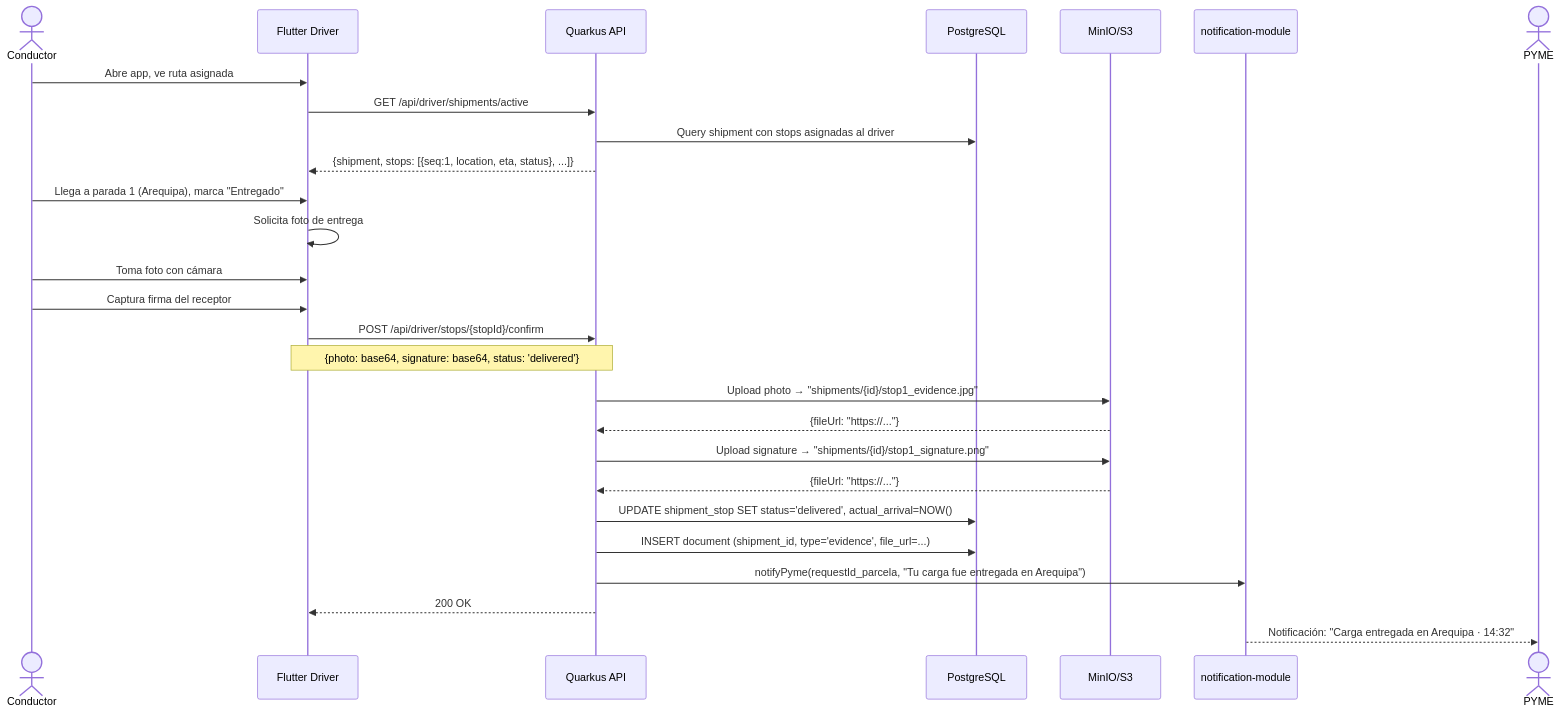
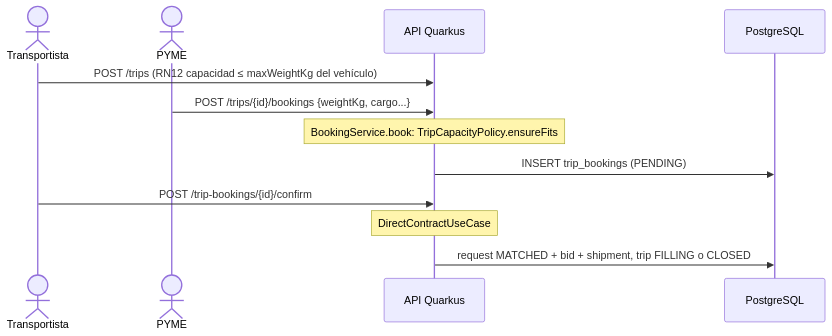
Before and after one commit to TheReeds/ProyectoEPE-LOGYX: the eighth of 14 diagrams in docs/software/entregable-1/uml.md, drawn with Mermaid. The commit also changed other lines of this file and 99 other files, not shown here.

````diff
--- a/docs/software/entregable-1/uml.md
+++ b/docs/software/entregable-1/uml.md
@@ -473,32 +392,15 @@
 ```mermaid
 sequenceDiagram
-  actor Driver as Conductor
-  participant DriverApp as Flutter Driver
-  participant API as Quarkus API
+  actor CAR as Transportista
+  actor PYME
+  participant API as API Quarkus
   participant DB as PostgreSQL
-  participant Storage as MinIO/S3
-  participant Notif as notification-module
-  actor PYME
 
-  Driver->>DriverApp: Abre app, ve ruta asignada
-  DriverApp->>API: GET /api/driver/shipments/active
-  API->>DB: Query shipment con stops asignadas al driver
-  API-->>DriverApp: {shipment, stops: [{seq:1, location, eta, status}, ...]}
-
-  Driver->>DriverApp: Llega a parada 1 (Arequipa), marca "Entregado"
-  DriverApp->>DriverApp: Solicita foto de entrega
-  Driver->>DriverApp: Toma foto con cámara
-  Driver->>DriverApp: Captura firma del receptor
-  DriverApp->>API: POST /api/driver/stops/{stopId}/confirm
-  Note over DriverApp,API: {photo: base64, signature: base64, status: 'delivered'}
-
-  API->>Storage: Upload photo → "shipments/{id}/stop1_evidence.jpg"
-  Storage-->>API: {fileUrl: "https://..."}
-  API->>Storage: Upload signature → "shipments/{id}/stop1_signature.png"
-  Storage-->>API: {fileUrl: "https://..."}
-  API->>DB: UPDATE shipment_stop SET status='delivered', actual_arrival=NOW()
-  API->>DB: INSERT document (shipment_id, type='evidence', file_url=...)
-  API->>Notif: notifyPyme(requestId_parcela, "Tu carga fue entregada en Arequipa")
-  API-->>DriverApp: 200 OK
-  Notif-->>PYME: Notificación: "Carga entregada en Arequipa · 14:32"
+  CAR->>API: POST /trips (RN12 capacidad ≤ maxWeightKg del vehículo)
+  PYME->>API: POST /trips/{id}/bookings {weightKg, cargo...}
+  Note over API: BookingService.book: TripCapacityPolicy.ensureFits
+  API->>DB: INSERT trip_bookings (PENDING)
+  CAR->>API: POST /trip-bookings/{id}/confirm
+  Note over API: DirectContractUseCase
+  API->>DB: request MATCHED + bid + shipment, trip FILLING o CLOSED
 ```
````
